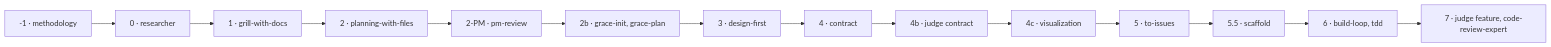
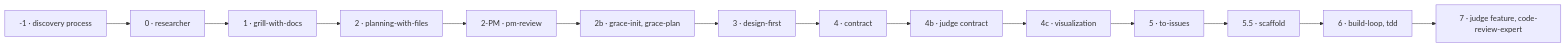
The diagram in docs/agent/PIPELINE-MACHINE.md (createusernam/setup_project), drawn with Mermaid before and after one commit. The commit also changed other lines of this file and 20 other files, not shown here.

````diff
--- a/docs/agent/PIPELINE-MACHINE.md
+++ b/docs/agent/PIPELINE-MACHINE.md
@@ -4,30 +4,30 @@
 ```mermaid
 flowchart LR
-    Pm1["-1 · methodology"]
+    Pm1["-1 · discovery process"]
     P0["0 · researcher"]
     P1["1 · grill-with-docs"]
     P2["2 · planning-with-files"]
     P2mPM["2-PM · pm-review"]
     P2b["2b · grace-init, grace-plan"]
     P3["3 · design-first"]
     P4["4 · contract"]
     P4b["4b · judge contract"]
     P4c["4c · visualization"]
     P5["5 · to-issues"]
     P5d5["5.5 · scaffold"]
     P6["6 · build-loop, tdd"]
     P7["7 · judge feature, code-review-expert"]
     Pm1 --> P0
     P0 --> P1
     P1 --> P2
     P2 --> P2mPM
     P2mPM --> P2b
     P2b --> P3
     P3 --> P4
     P4 --> P4b
     P4b --> P4c
     P4c --> P5
     P5 --> P5d5
     P5d5 --> P6
     P6 --> P7
 ```
````
